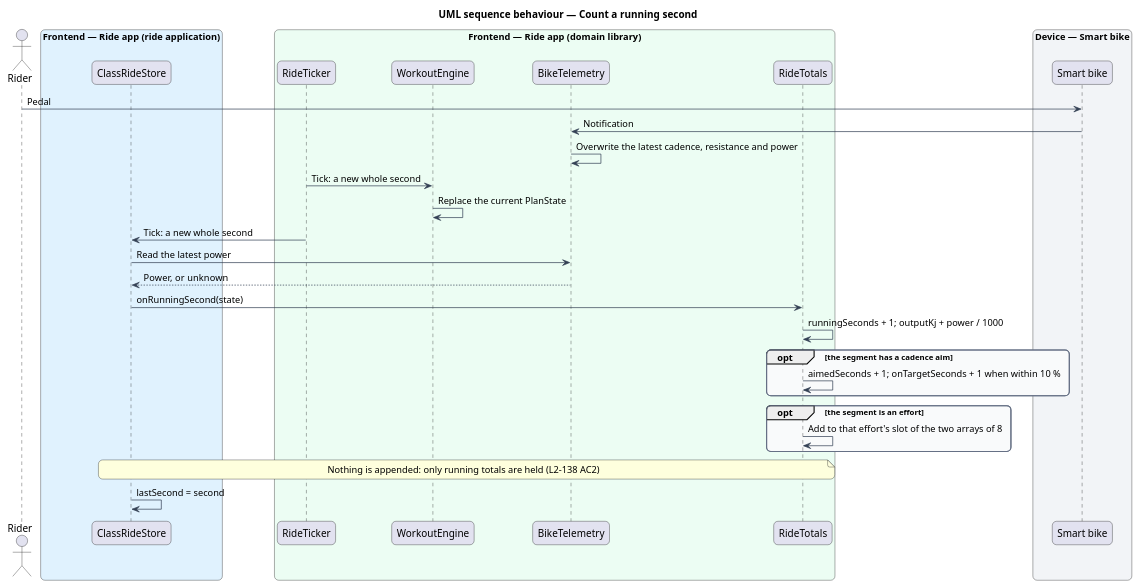
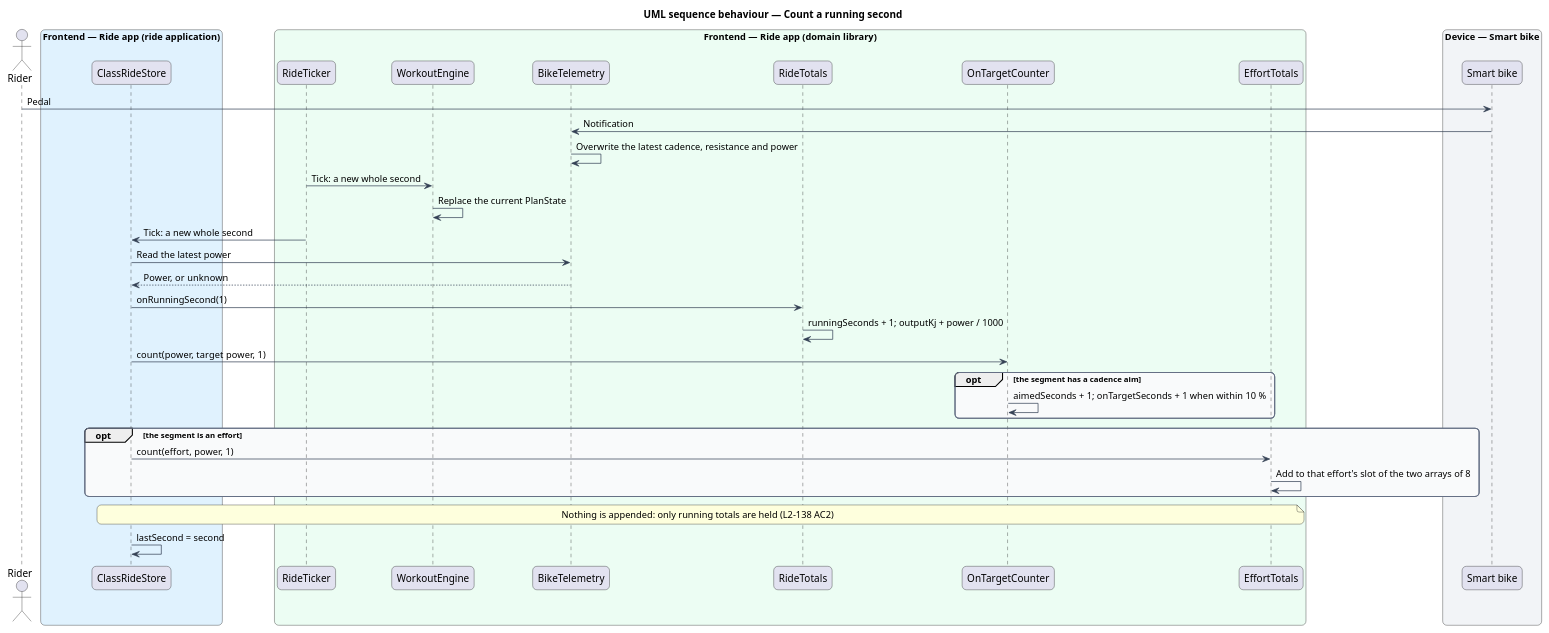
One commit to QuinntyneBrown/ride-one changed the diagram in docs/detailed-designs/performance/stay-smooth-on-long-rides/diagrams/sequence-count-a-running-second.puml. Above: the diagram before and after it, drawn with PlantUML. The commit also changed 106 other files, not shown here.

First line of the commit message:
Reconcile shared names and flows across the Telo Ride 1 designs

```diff
--- a/docs/detailed-designs/performance/stay-smooth-on-long-rides/diagrams/sequence-count-a-running-second.puml
+++ b/docs/detailed-designs/performance/stay-smooth-on-long-rides/diagrams/sequence-count-a-running-second.puml
@@ -1,48 +1,52 @@
 @startuml
 title UML sequence behaviour — Count a running second
 skinparam backgroundColor #FFFFFF
 skinparam shadowing false
 skinparam roundcorner 12
 skinparam defaultFontName Arial
 skinparam ArrowColor #344054
 skinparam rectangle {
   BorderColor #344054
   FontColor #101828
 }
 skinparam package {
   BorderColor #667085
   FontColor #101828
   BackgroundColor #F9FAFB
 }
 actor "Rider" as rider
 box "Frontend — Ride app (ride application)" #E0F2FE
   participant "ClassRideStore" as store
 end box
 box "Frontend — Ride app (domain library)" #ECFDF3
   participant "RideTicker" as ticker
   participant "WorkoutEngine" as engine
   participant "BikeTelemetry" as telemetry
   participant "RideTotals" as totals
+  participant "OnTargetCounter" as counter
+  participant "EffortTotals" as efforts
 end box
 box "Device — Smart bike" #F2F4F7
   participant "Smart bike" as bike
 end box
 rider -> bike : Pedal
 bike -> telemetry : Notification
 telemetry -> telemetry : Overwrite the latest cadence, resistance and power
 ticker -> engine : Tick: a new whole second
 engine -> engine : Replace the current PlanState
 ticker -> store : Tick: a new whole second
 store -> telemetry : Read the latest power
 telemetry --> store : Power, or unknown
-store -> totals : onRunningSecond(state)
+store -> totals : onRunningSecond(1)
 totals -> totals : runningSeconds + 1; outputKj + power / 1000
+store -> counter : count(power, target power, 1)
 opt the segment has a cadence aim
-  totals -> totals : aimedSeconds + 1; onTargetSeconds + 1 when within 10 %
+  counter -> counter : aimedSeconds + 1; onTargetSeconds + 1 when within 10 %
 end
 opt the segment is an effort
-  totals -> totals : Add to that effort's slot of the two arrays of 8
+  store -> efforts : count(effort, power, 1)
+  efforts -> efforts : Add to that effort's slot of the two arrays of 8
 end
-note over store, totals : Nothing is appended: only running totals are held (L2-138 AC2)
+note over store, efforts : Nothing is appended: only running totals are held (L2-138 AC2)
 store -> store : lastSecond = second
 @enduml
```
